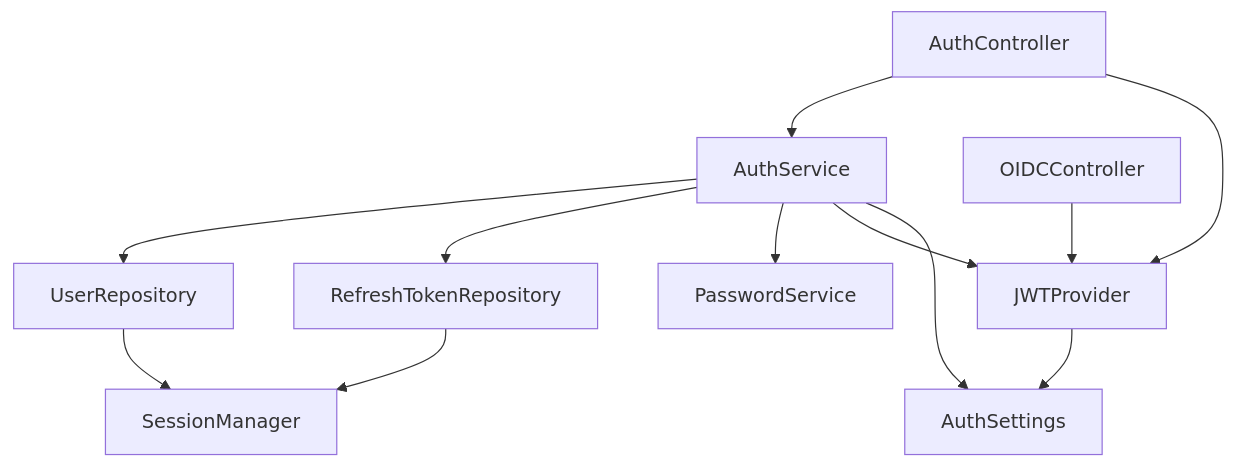
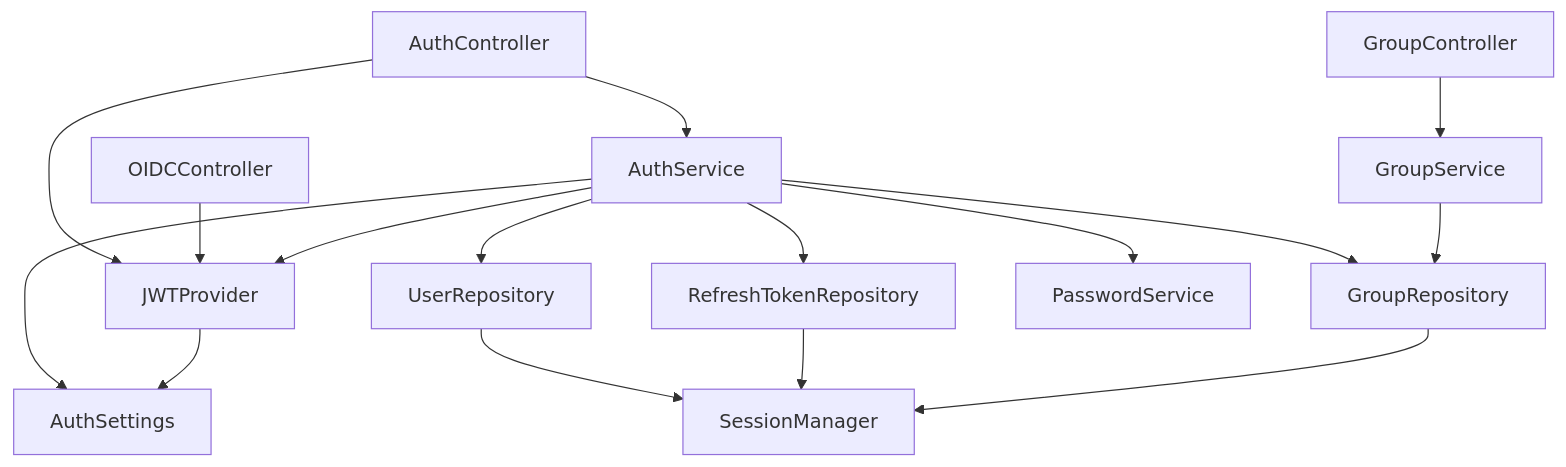
One commit to dperezcabrera/pico-auth changed the diagram in docs/architecture.md. Above: the diagram before and after it, drawn with Mermaid. The commit also changed other lines of this file and 24 other files, not shown here.

````diff
--- a/docs/architecture.md
+++ b/docs/architecture.md
@@ -5,14 +5,18 @@
 ```mermaid
 graph TD
     A[AuthController] --> S[AuthService]
     A --> J[JWTProvider]
     O[OIDCController] --> J
+    G[GroupController] --> GS[GroupService]
     S --> UR[UserRepository]
     S --> TR[RefreshTokenRepository]
+    S --> GR[GroupRepository]
     S --> P[PasswordService]
     S --> J
     S --> C[AuthSettings]
+    GS --> GR
     J --> C
     UR --> SM[SessionManager]
     TR --> SM
+    GR --> SM
 ```
````
